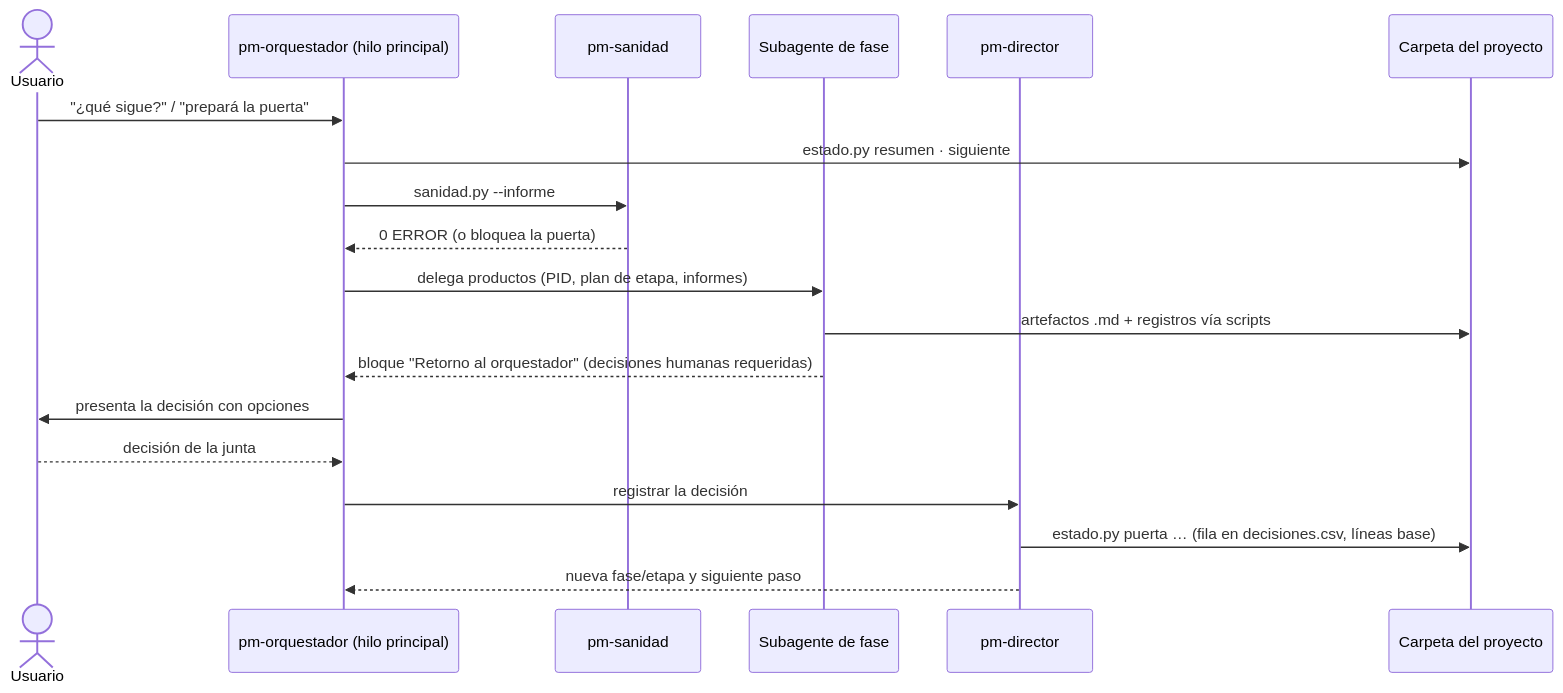
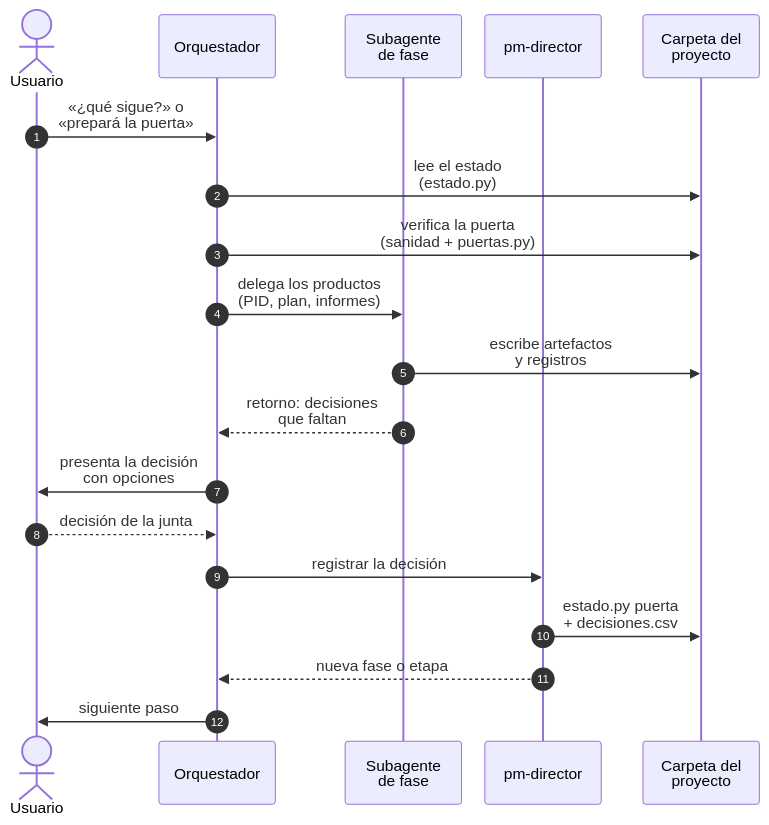
One commit to Arturo-Penas-Rial/pm-method changed the fifth of 7 diagrams in README.md. Above: the diagram before and after it, drawn with Mermaid. The commit also changed other lines of this file and 52 other files, not shown here.

Commit message:
pm-method 2.1.0: guías E2E para el usuario, prompts y entradas/salidas en los casos, diagramas legibles

````diff
--- a/README.md
+++ b/README.md
@@ -171,21 +176,27 @@
 ```mermaid
+---
+config:
+  sequence:
+    actorMargin: 24
+    width: 120
+---
 sequenceDiagram
+    autonumber
     actor U as Usuario
-    participant O as pm-orquestador (hilo principal)
-    participant SN as pm-sanidad
-    participant F as Subagente de fase
+    participant O as Orquestador
+    participant F as Subagente<br/>de fase
     participant D as pm-director
-    participant FS as Carpeta del proyecto
-    U->>O: "¿qué sigue?" / "prepará la puerta"
-    O->>FS: estado.py resumen · siguiente
-    O->>SN: sanidad.py --informe
-    SN-->>O: 0 ERROR (o bloquea la puerta)
-    O->>F: delega productos (PID, plan de etapa, informes)
-    F->>FS: artefactos .md + registros vía scripts
-    F-->>O: bloque "Retorno al orquestador" (decisiones humanas requeridas)
-    O->>U: presenta la decisión con opciones
+    participant C as Carpeta del<br/>proyecto
+    U->>O: «¿qué sigue?» o<br/>«prepará la puerta»
+    O->>C: lee el estado<br/>(estado.py)
+    O->>C: verifica la puerta<br/>(sanidad + puertas.py)
+    O->>F: delega los productos<br/>(PID, plan, informes)
+    F->>C: escribe artefactos<br/>y registros
+    F-->>O: retorno: decisiones<br/>que faltan
+    O->>U: presenta la decisión<br/>con opciones
     U-->>O: decisión de la junta
     O->>D: registrar la decisión
-    D->>FS: estado.py puerta … (fila en decisiones.csv, líneas base)
-    D-->>O: nueva fase/etapa y siguiente paso
+    D->>C: estado.py puerta<br/>+ decisiones.csv
+    D-->>O: nueva fase o etapa
+    O->>U: siguiente paso
 ```
````
